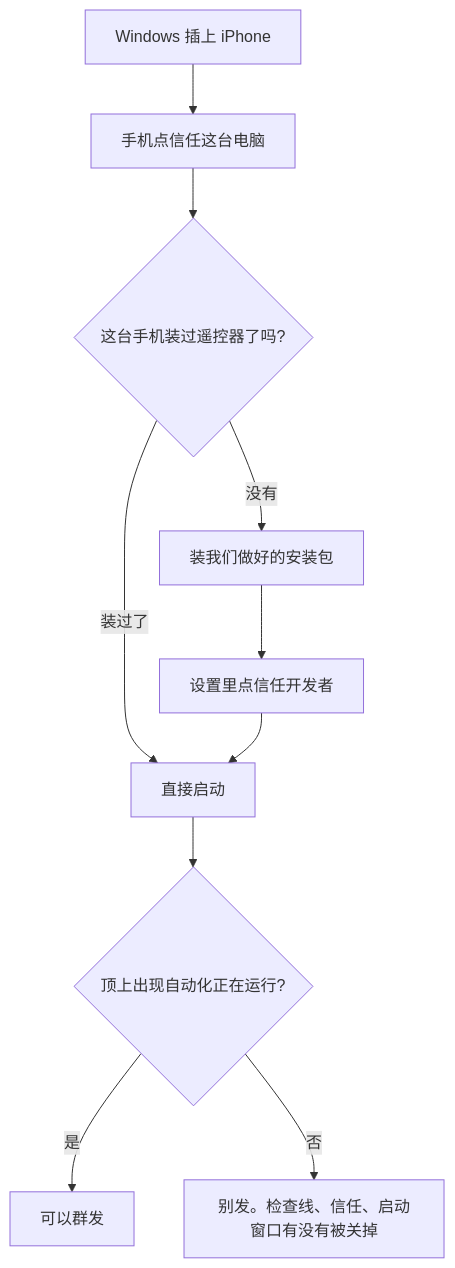
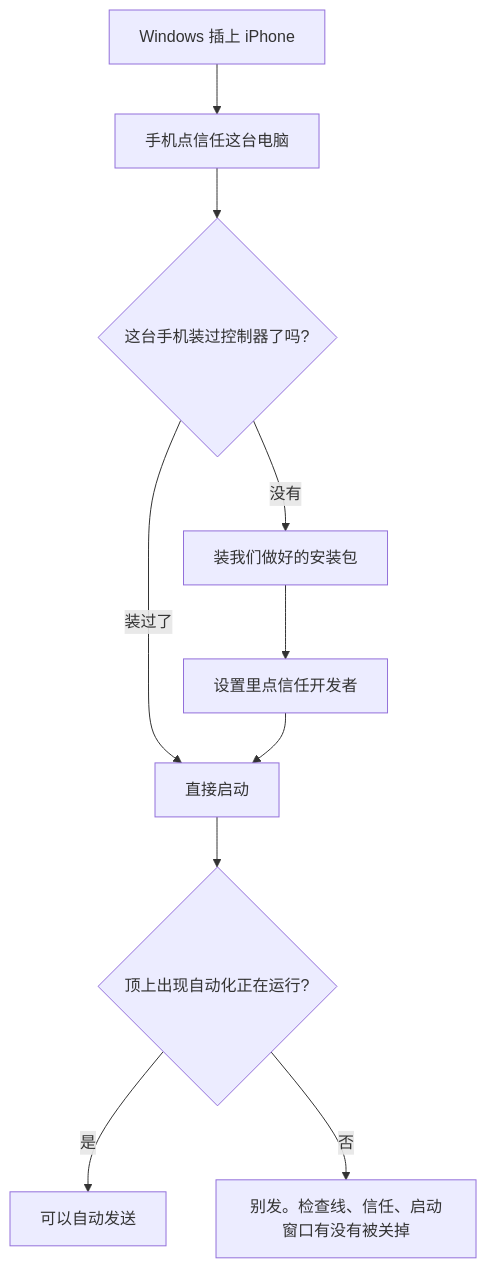
One commit to luobobo896/whatsapp_ai_gateway changed the second of 2 diagrams in docs/design/wda-end-to-end-flow.md. Above: the diagram before and after it, drawn with Mermaid. The commit also changed other lines of this file and 13 other files, not shown here.

````diff
--- a/docs/design/wda-end-to-end-flow.md
+++ b/docs/design/wda-end-to-end-flow.md
@@ -91,12 +73,12 @@
 ```mermaid
 flowchart TD
   A[Windows 插上 iPhone] --> B[手机点信任这台电脑]
-  B --> C{这台手机装过遥控器了吗?}
+  B --> C{这台手机装过控制器了吗?}
   C -->|没有| D[装我们做好的安装包]
   D --> E[设置里点信任开发者]
   C -->|装过了| F[直接启动]
   E --> F
   F --> G{顶上出现自动化正在运行?}
-  G -->|是| H[可以群发]
+  G -->|是| H[可以自动发送]
   G -->|否| I[别发。检查线、信任、启动窗口有没有被关掉]
 ```
````
